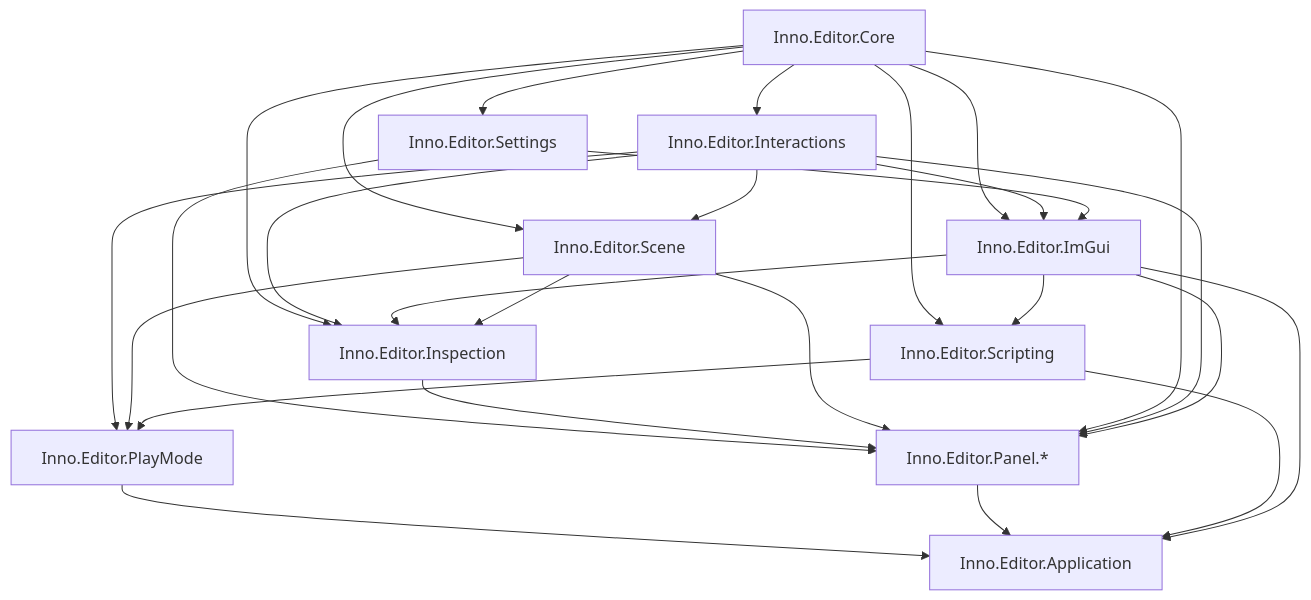
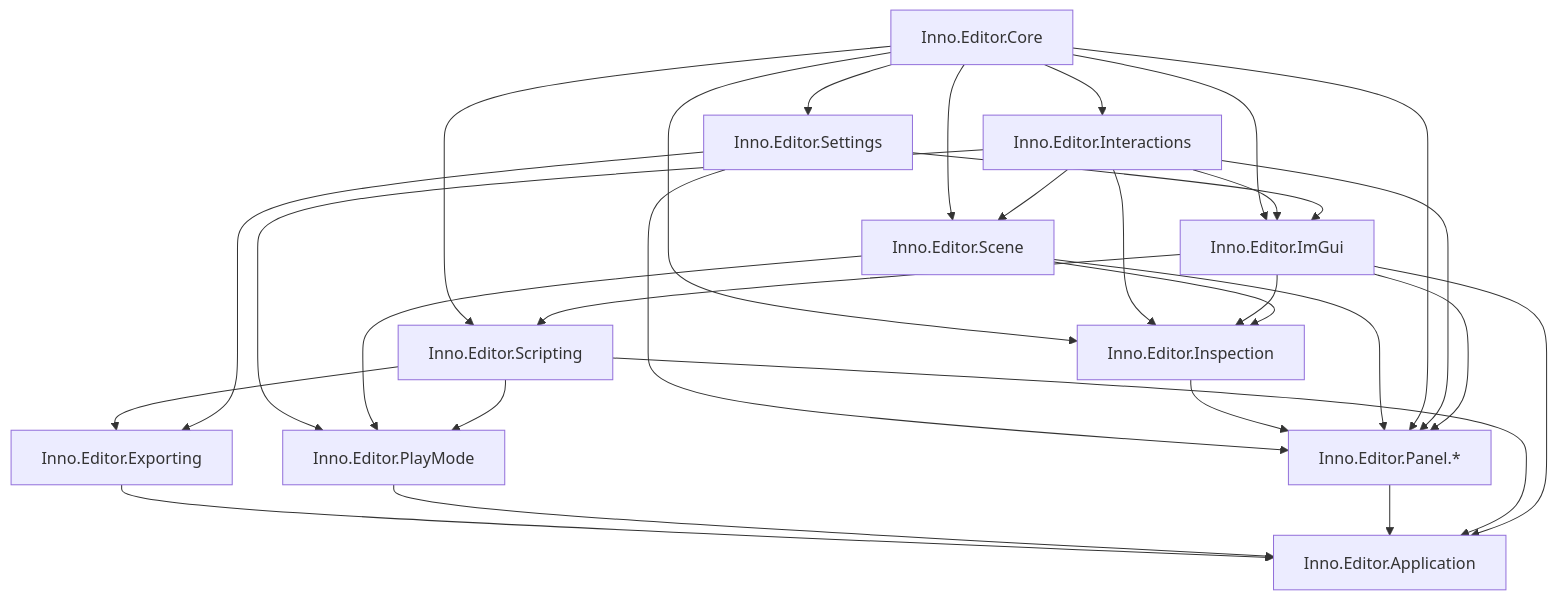
The diagram in docs/editor/README.md (FLwolfy/InnoEngine), drawn with Mermaid before and after one commit. The commit also changed other lines of this file and 1984 other files, not shown here.

````diff
--- a/docs/editor/README.md
+++ b/docs/editor/README.md
@@ -35,29 +36,32 @@
 ```mermaid
 flowchart TD
     Core["Inno.Editor.Core"] --> Interactions["Inno.Editor.Interactions"]
     Core --> ImGui["Inno.Editor.ImGui"]
     Interactions --> ImGui
     Interactions --> PlayMode["Inno.Editor.PlayMode"]
     Core --> Inspection["Inno.Editor.Inspection"]
     Interactions --> Inspection
     ImGui --> Inspection
     Core --> Scene["Inno.Editor.Scene"]
     Interactions --> Scene
     Scene --> PlayMode
     Core --> Settings["Inno.Editor.Settings"]
     Settings --> ImGui
     Settings --> Panels
     Scene --> Inspection
     Inspection --> Panels
     Scene --> Panels["Inno.Editor.Panel.*"]
     Core --> Panels
     Interactions --> Panels
     ImGui --> Panels
     Core --> Scripting["Inno.Editor.Scripting"]
     ImGui --> Scripting
     Scripting --> PlayMode
+    Scripting --> Exporting["Inno.Editor.Exporting"]
+    Settings --> Exporting
+    Exporting --> Application
     PlayMode --> Application
     Panels --> Application["Inno.Editor.Application"]
     Scripting --> Application
     ImGui --> Application
 ```
````
